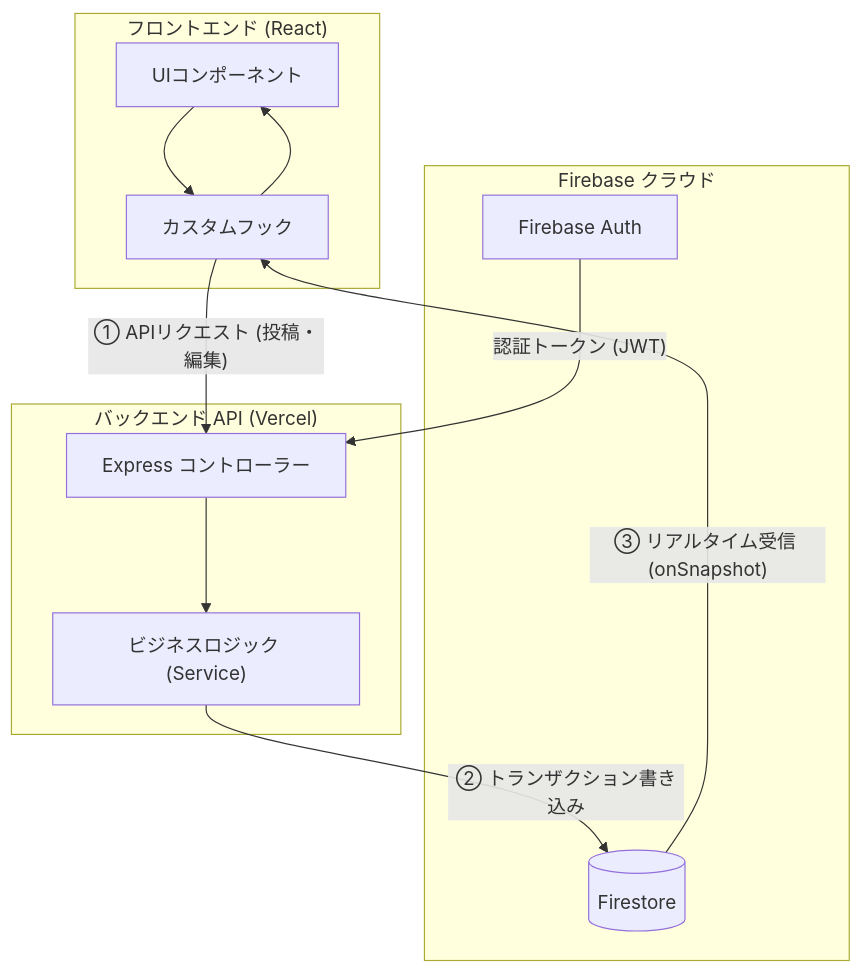
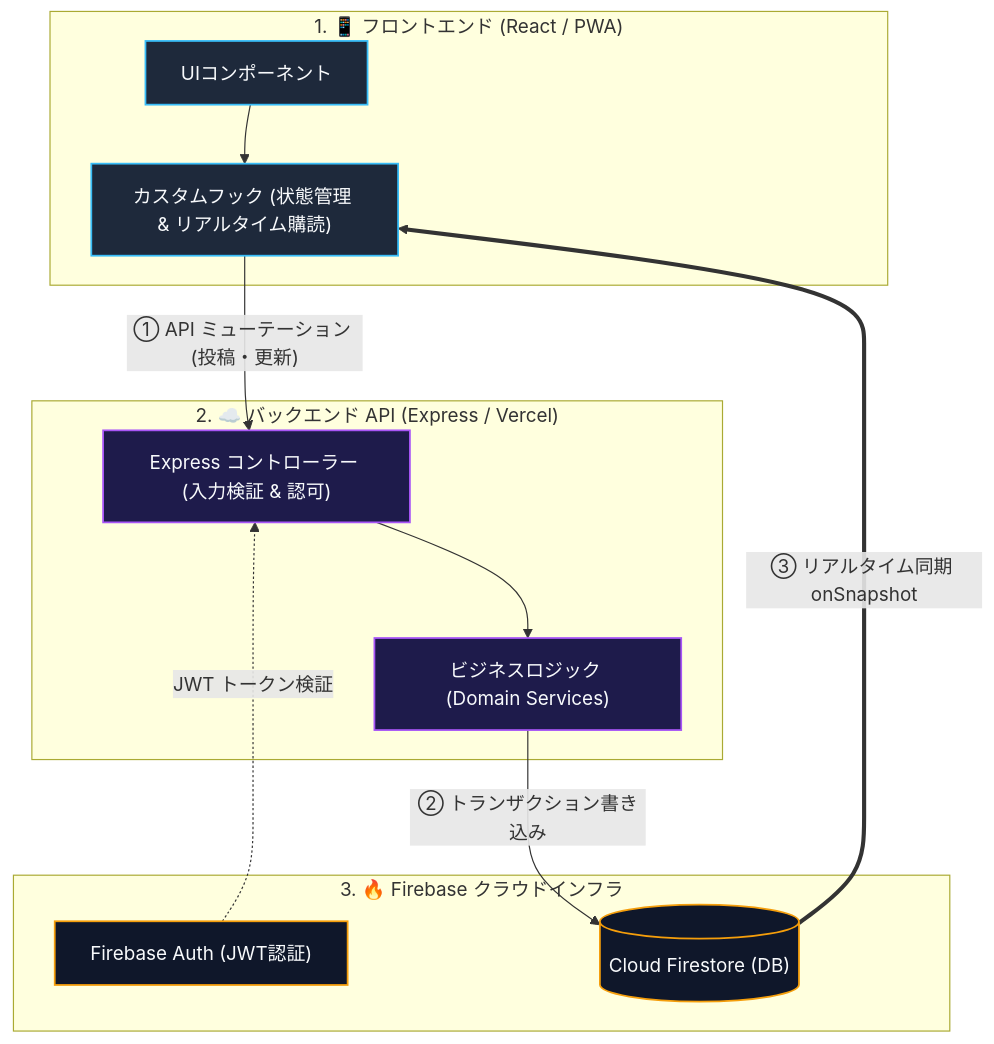
One commit to ScriptureHabit/scripture-habit changed the diagram in docs/ja/architecture.md. Above: the diagram before and after it, drawn with Mermaid. The commit also changed 9 other files, not shown here.

Commit message:
docs: optimize all wide Mermaid diagrams into readable vertical stacked layouts

````diff
--- a/docs/ja/architecture.md
+++ b/docs/ja/architecture.md
@@ -51,25 +51,27 @@
 ```mermaid
-graph TD
-    subgraph Frontend ["フロントエンド (React)"]
-        Component["UIコンポーネント"]
-        Hook["カスタムフック"]
+flowchart TD
+    classDef fe fill:#1e293b,stroke:#38bdf8,stroke-width:1.5px,color:#f8fafc;
+    classDef be fill:#1e1b4b,stroke:#a855f7,stroke-width:1.5px,color:#f8fafc;
+    classDef fb fill:#0f172a,stroke:#f59e0b,stroke-width:1.5px,color:#f8fafc;
+
+    subgraph Frontend["1. 📱 フロントエンド (React / PWA)"]
+        Component["UIコンポーネント"]:::fe --> Hook["カスタムフック (状態管理 & リアルタイム購読)"]:::fe
     end
 
-    subgraph Backend ["バックエンド API (Vercel)"]
-        API["Express コントローラー"]
-        Service["ビジネスロジック (Service)"]
+    subgraph Backend["2. ☁️ バックエンド API (Express / Vercel)"]
+        API["Express コントローラー (入力検証 & 認可)"]:::be --> Service["ビジネスロジック (Domain Services)"]:::be
     end
 
-    subgraph Firebase ["Firebase クラウド"]
-        DB[("Firestore")]
-        Auth["Firebase Auth"]
+    subgraph Firebase["3. 🔥 Firebase クラウドインフラ"]
+        Auth["Firebase Auth (JWT認証)"]:::fb
+        DB[("Cloud Firestore (DB)")]:::fb
     end
 
-    Component --> Hook
-    Hook -- "① APIリクエスト (投稿・編集)" --> API
-    API --> Service
+    Hook -- "① API ミューテーション (投稿・更新)" --> API
+    Auth -. "JWT トークン検証" .-> API
     Service -- "② トランザクション書き込み" --> DB
-    DB -- "③ リアルタイム受信 (onSnapshot)" --> Hook
-    Hook --> Component
-    Auth -- "認証トークン (JWT)" --> API
+    DB ==>|③ リアルタイム同期 onSnapshot| Hook
+
+    Frontend ~~~ Backend
+    Backend ~~~ Firebase
 ```
````
